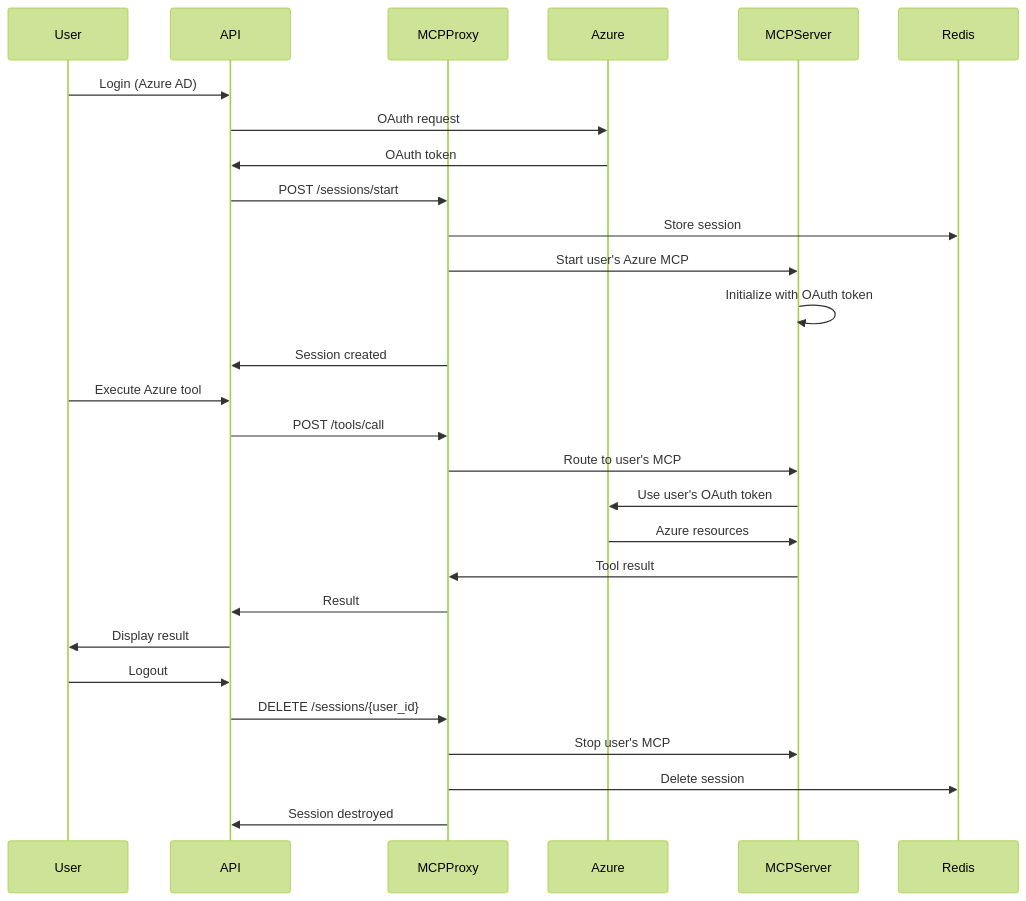
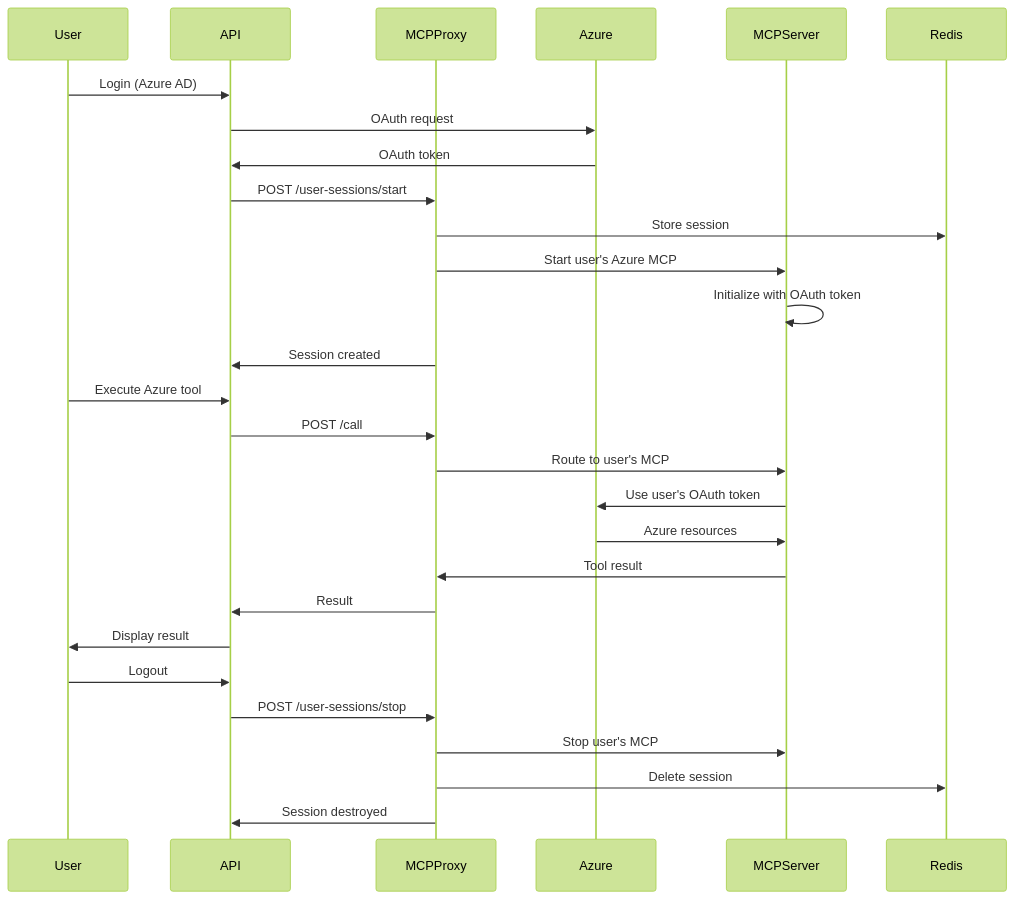
The diagram in services/openagentic-mcp-proxy/README.md (agentic-work/openagentic), drawn with Mermaid (forest theme) before and after one commit. The commit also changed other lines of this file and 6 other files, not shown here.

````diff
--- a/services/openagentic-mcp-proxy/README.md
+++ b/services/openagentic-mcp-proxy/README.md
@@ -487,32 +395,32 @@
 ```mermaid
 sequenceDiagram
     participant User
     participant API
     participant MCPProxy
     participant Azure
     participant MCPServer
 
     User->>API: Login (Azure AD)
     API->>Azure: OAuth request
     Azure->>API: OAuth token
-    API->>MCPProxy: POST /sessions/start
+    API->>MCPProxy: POST /user-sessions/start
     MCPProxy->>Redis: Store session
     MCPProxy->>MCPServer: Start user's Azure MCP
     MCPServer->>MCPServer: Initialize with OAuth token
     MCPProxy->>API: Session created
 
     User->>API: Execute Azure tool
-    API->>MCPProxy: POST /tools/call
+    API->>MCPProxy: POST /call
     MCPProxy->>MCPServer: Route to user's MCP
     MCPServer->>Azure: Use user's OAuth token
     Azure->>MCPServer: Azure resources
     MCPServer->>MCPProxy: Tool result
     MCPProxy->>API: Result
     API->>User: Display result
 
     User->>API: Logout
-    API->>MCPProxy: DELETE /sessions/{user_id}
+    API->>MCPProxy: POST /user-sessions/stop
     MCPProxy->>MCPServer: Stop user's MCP
     MCPProxy->>Redis: Delete session
     MCPProxy->>API: Session destroyed
 ```
````
